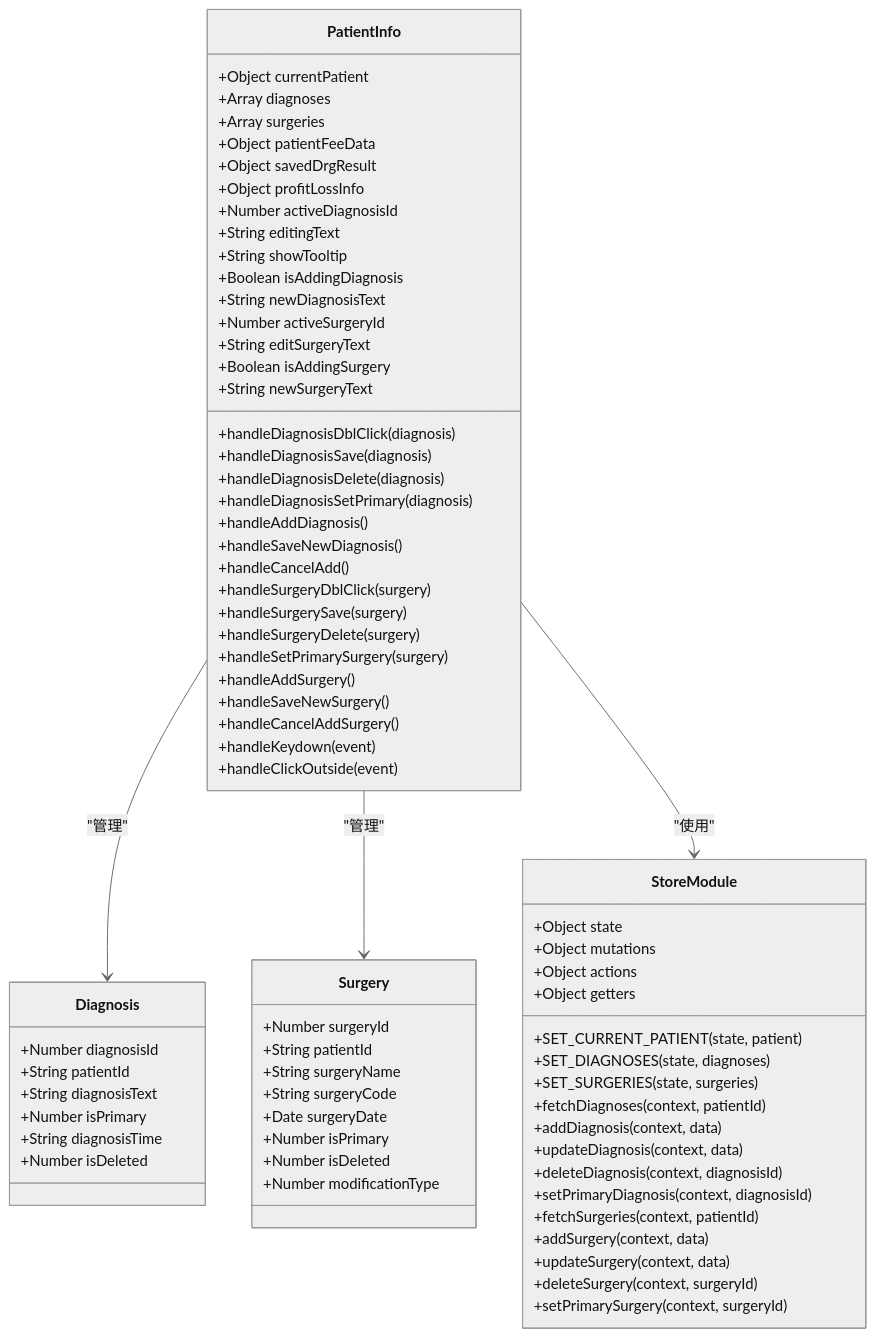
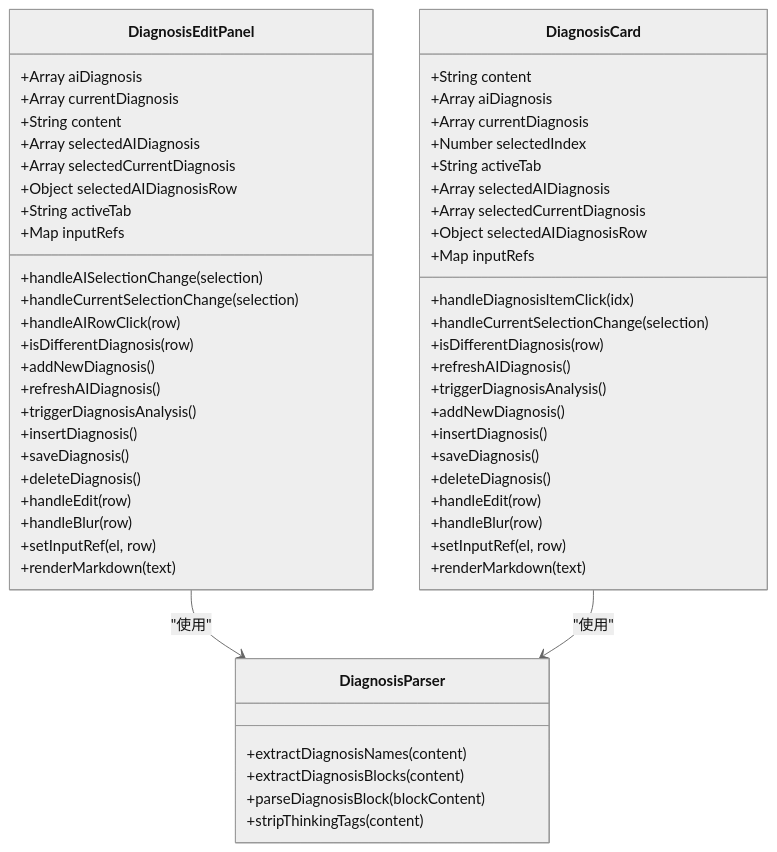
Before and after one commit to liuzh2008/med_ai_assistant_workspace: the second of 6 diagrams in .qoder/repowiki/zh/content/核心功能模块/诊断编辑面板增强.md, drawn with Mermaid (neutral theme). The commit also changed other lines of this file and 5 other files, not shown here.

````diff
--- a/.qoder/repowiki/zh/content/核心功能模块/诊断编辑面板增强.md
+++ b/.qoder/repowiki/zh/content/核心功能模块/诊断编辑面板增强.md
@@ -111,76 +105,59 @@
 ```mermaid
 classDiagram
-class PatientInfo {
-+Object currentPatient
-+Array diagnoses
-+Array surgeries
-+Object patientFeeData
-+Object savedDrgResult
-+Object profitLossInfo
-+Number activeDiagnosisId
-+String editingText
-+String showTooltip
-+Boolean isAddingDiagnosis
-+String newDiagnosisText
-+Number activeSurgeryId
-+String editSurgeryText
-+Boolean isAddingSurgery
-+String newSurgeryText
-+handleDiagnosisDblClick(diagnosis)
-+handleDiagnosisSave(diagnosis)
-+handleDiagnosisDelete(diagnosis)
-+handleDiagnosisSetPrimary(diagnosis)
-+handleAddDiagnosis()
-+handleSaveNewDiagnosis()
-+handleCancelAdd()
-+handleSurgeryDblClick(surgery)
-+handleSurgerySave(surgery)
-+handleSurgeryDelete(surgery)
-+handleSetPrimarySurgery(surgery)
-+handleAddSurgery()
-+handleSaveNewSurgery()
-+handleCancelAddSurgery()
-+handleKeydown(event)
-+handleClickOutside(event)
+class DiagnosisEditPanel {
++Array aiDiagnosis
++Array currentDiagnosis
++String content
++Array selectedAIDiagnosis
++Array selectedCurrentDiagnosis
++Object selectedAIDiagnosisRow
++String activeTab
++Map inputRefs
++handleAISelectionChange(selection)
++handleCurrentSelectionChange(selection)
++handleAIRowClick(row)
++isDifferentDiagnosis(row)
++addNewDiagnosis()
++refreshAIDiagnosis()
++triggerDiagnosisAnalysis()
++insertDiagnosis()
++saveDiagnosis()
++deleteDiagnosis()
++handleEdit(row)
++handleBlur(row)
++setInputRef(el, row)
++renderMarkdown(text)
 }
-class Diagnosis {
-+Number diagnosisId
-+String patientId
-+String diagnosisText
-+Number isPrimary
-+String diagnosisTime
-+Number isDeleted
+class DiagnosisCard {
++String content
++Array aiDiagnosis
++Array currentDiagnosis
++Number selectedIndex
++String activeTab
++Array selectedAIDiagnosis
++Array selectedCurrentDiagnosis
++Object selectedAIDiagnosisRow
++Map inputRefs
++handleDiagnosisItemClick(idx)
++handleCurrentSelectionChange(selection)
++isDifferentDiagnosis(row)
++refreshAIDiagnosis()
++triggerDiagnosisAnalysis()
++addNewDiagnosis()
++insertDiagnosis()
++saveDiagnosis()
++deleteDiagnosis()
++handleEdit(row)
++handleBlur(row)
++setInputRef(el, row)
++renderMarkdown(text)
 }
-class Surgery {
-+Number surgeryId
-+String patientId
-+String surgeryName
-+String surgeryCode
-+Date surgeryDate
-+Number isPrimary
-+Number isDeleted
-+Number modificationType
+class DiagnosisParser {
++extractDiagnosisNames(content)
++extractDiagnosisBlocks(content)
++parseDiagnosisBlock(blockContent)
++stripThinkingTags(content)
 }
-class StoreModule {
-+Object state
-+Object mutations
-+Object actions
-+Object getters
-+SET_CURRENT_PATIENT(state, patient)
-+SET_DIAGNOSES(state, diagnoses)
-+SET_SURGERIES(state, surgeries)
-+fetchDiagnoses(context, patientId)
-+addDiagnosis(context, data)
-+updateDiagnosis(context, data)
-+deleteDiagnosis(context, diagnosisId)
-+setPrimaryDiagnosis(context, diagnosisId)
-+fetchSurgeries(context, patientId)
-+addSurgery(context, data)
-+updateSurgery(context, data)
-+deleteSurgery(context, surgeryId)
-+setPrimarySurgery(context, surgeryId)
-}
-PatientInfo --> Diagnosis : "管理"
-PatientInfo --> Surgery : "管理"
-PatientInfo --> StoreModule : "使用"
+DiagnosisEditPanel --> DiagnosisParser : "使用"
+DiagnosisCard --> DiagnosisParser : "使用"
 ```
````
